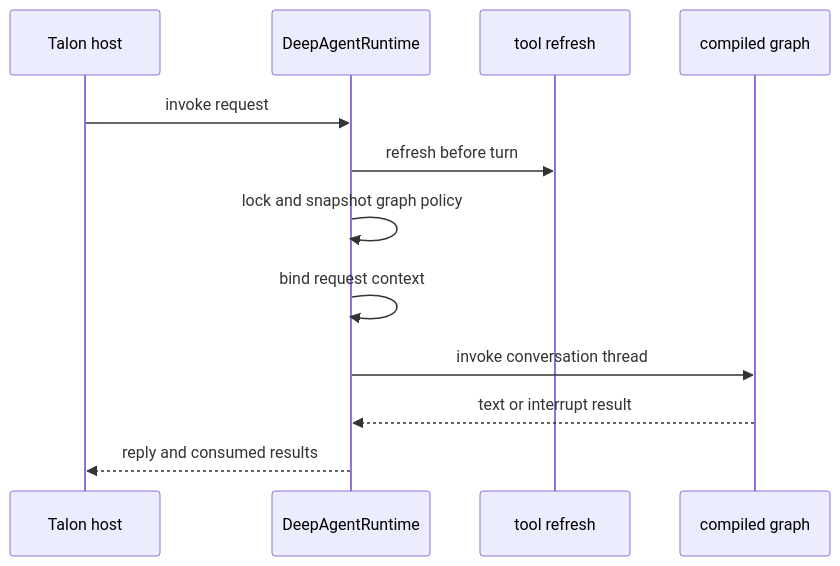
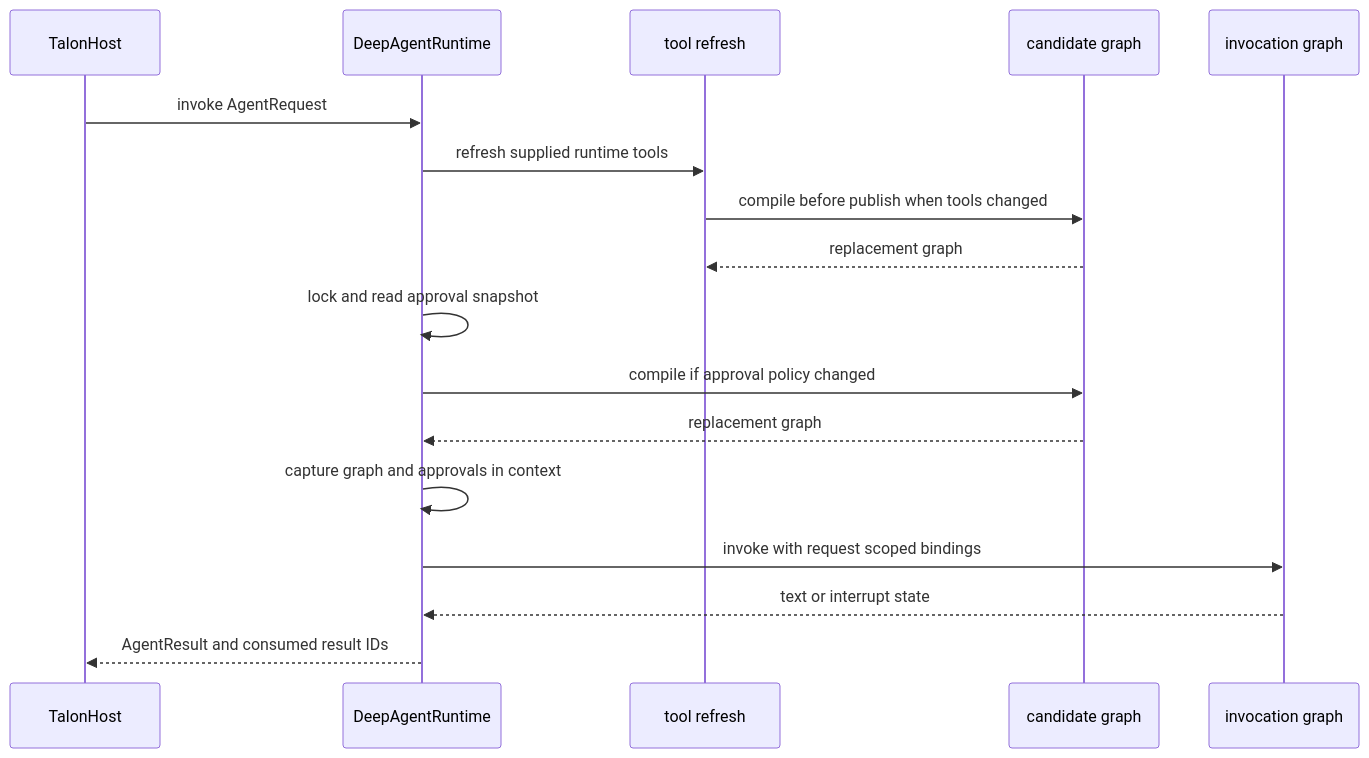
The third of 3 diagrams in openwiki/architecture/source-map.md (langchain-ai/deepagents), drawn with Mermaid before and after one commit. The commit also changed other lines of this file and 34 other files, not shown here.

````diff
--- a/openwiki/architecture/source-map.md
+++ b/openwiki/architecture/source-map.md
@@ -176,14 +120,19 @@
 ```mermaid
 sequenceDiagram
-  participant Host as Talon host
+  participant Host as TalonHost
   participant Runtime as DeepAgentRuntime
-  participant Reload as tool refresh
-  participant Graph as compiled graph
-  Host->>Runtime: invoke request
-  Runtime->>Reload: refresh before turn
-  Runtime->>Runtime: lock and snapshot graph policy
-  Runtime->>Runtime: bind request context
-  Runtime->>Graph: invoke conversation thread
-  Graph-->>Runtime: text or interrupt result
-  Runtime-->>Host: reply and consumed results
+  participant Refresh as tool refresh
+  participant Candidate as candidate graph
+  participant Graph as invocation graph
+  Host->>Runtime: invoke AgentRequest
+  Runtime->>Refresh: refresh supplied runtime tools
+  Refresh->>Candidate: compile before publish when tools changed
+  Candidate-->>Refresh: replacement graph
+  Runtime->>Runtime: lock and read approval snapshot
+  Runtime->>Candidate: compile if approval policy changed
+  Candidate-->>Runtime: replacement graph
+  Runtime->>Runtime: capture graph and approvals in context
+  Runtime->>Graph: invoke with request scoped bindings
+  Graph-->>Runtime: text or interrupt state
+  Runtime-->>Host: AgentResult and consumed result IDs
 ```
````
